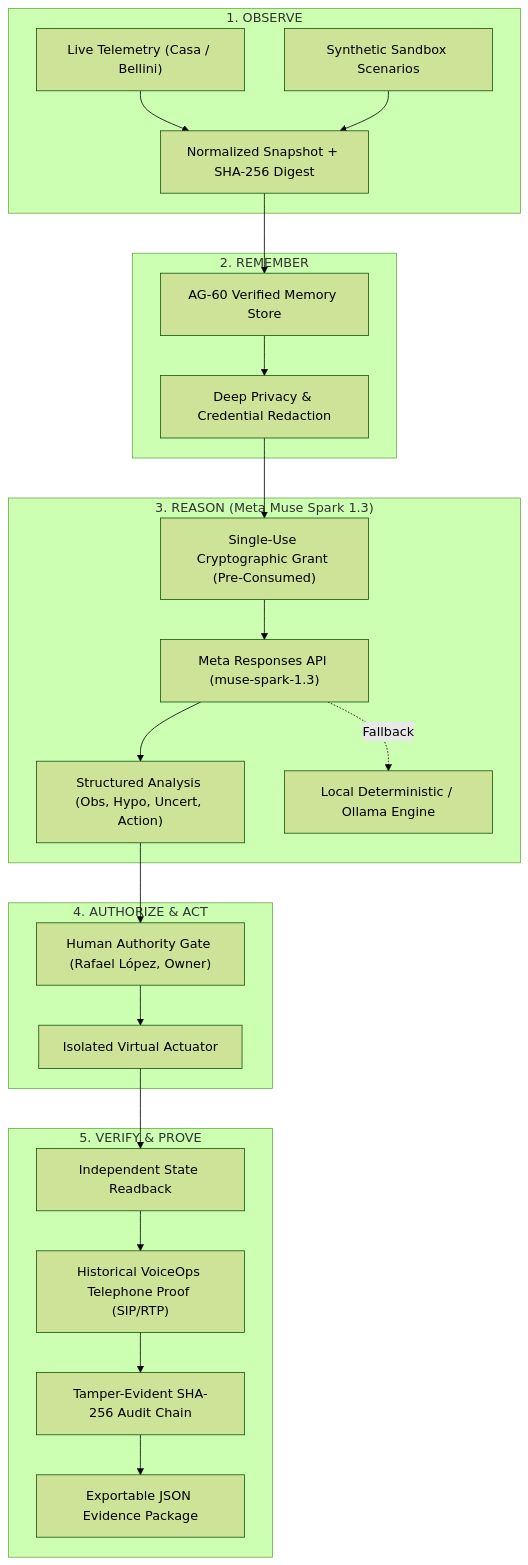
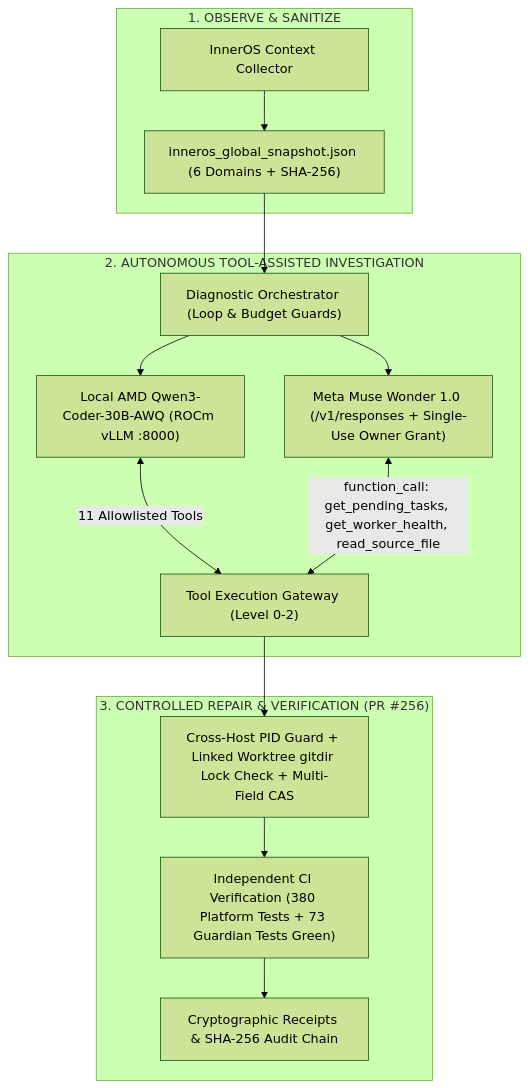
The diagram in README.md (Rafa-Innerchispa/inneros-meta-guardian-2026), drawn with Mermaid (forest theme) before and after one commit. The commit also changed other lines of this file and 8 other files, not shown here.

Commit message:
feat(wonder,evidence): add verified 2-turn Meta Muse Wonder 1.0 tool-assisted investigation receipt, MIT LICENSE, and updated README

````diff
--- a/README.md
+++ b/README.md
@@ -56,31 +63,20 @@
 ```mermaid
 flowchart TD
-    subgraph S1["1. OBSERVE"]
-        A1["Live Telemetry (Casa / Bellini)"] --> B1["Normalized Snapshot + SHA-256 Digest"]
-        A2["Synthetic Sandbox Scenarios"] --> B1
+    subgraph S1["1. OBSERVE & SANITIZE"]
+        A1["InnerOS Context Collector"] --> B1["inneros_global_snapshot.json (6 Domains + SHA-256)"]
     end
 
-    subgraph S2["2. REMEMBER"]
-        B1 --> C1["AG-60 Verified Memory Store"]
-        C1 --> C2["Deep Privacy & Credential Redaction"]
+    subgraph S2["2. AUTONOMOUS TOOL-ASSISTED INVESTIGATION"]
+        B1 --> C1["Diagnostic Orchestrator (Loop & Budget Guards)"]
+        C1 --> D1["Local AMD Qwen3-Coder-30B-AWQ (ROCm vLLM :8000)"]
+        C1 --> D2["Meta Muse Wonder 1.0 (/v1/responses + Single-Use Owner Grant)"]
+        D1 <-->|11 Allowlisted Tools| E1["Tool Execution Gateway (Level 0-2)"]
+        D2 <-->|function_call: get_pending_tasks, get_worker_health, read_source_file| E1
     end
 
-    subgraph S3["3. REASON (Meta Muse Spark 1.3)"]
-        C2 --> D1["Single-Use Cryptographic Grant (Pre-Consumed)"]
-        D1 --> D2["Meta Responses API (muse-spark-1.3)"]
-        D2 --> D3["Structured Analysis (Obs, Hypo, Uncert, Action)"]
-        D2 -.->|Fallback| D4["Local Deterministic / Ollama Engine"]
-    end
-
-    subgraph S4["4. AUTHORIZE & ACT"]
-        D3 --> E1["Human Authority Gate (Rafael López, Owner)"]
-        E1 --> E2["Isolated Virtual Actuator"]
-    end
-
-    subgraph S5["5. VERIFY & PROVE"]
-        E2 --> F1["Independent State Readback"]
-        F1 --> F2["Historical VoiceOps Telephone Proof (SIP/RTP)"]
-        F2 --> G1["Tamper-Evident SHA-256 Audit Chain"]
-        G1 --> G2["Exportable JSON Evidence Package"]
+    subgraph S3["3. CONTROLLED REPAIR & VERIFICATION (PR #256)"]
+        E1 --> F1["Cross-Host PID Guard + Linked Worktree gitdir Lock Check + Multi-Field CAS"]
+        F1 --> G1["Independent CI Verification (380 Platform Tests + 73 Guardian Tests Green)"]
+        G1 --> G2["Cryptographic Receipts & SHA-256 Audit Chain"]
     end
 ```
````
